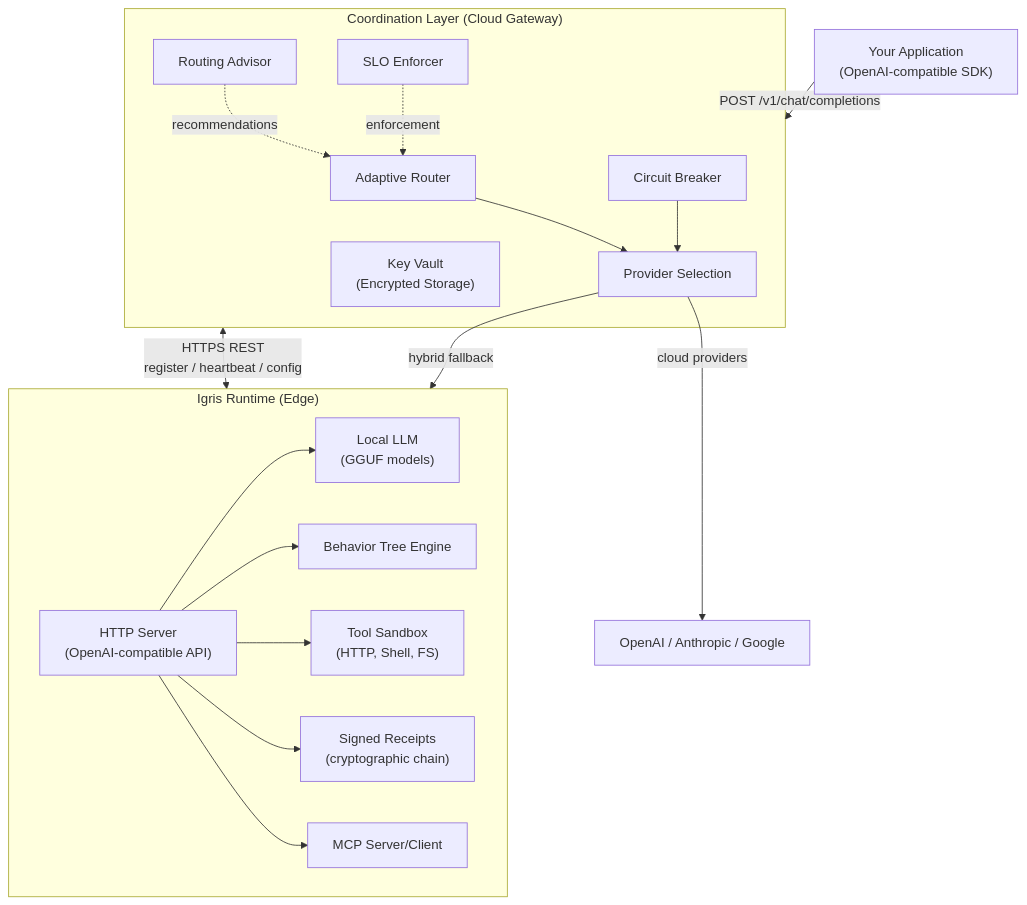
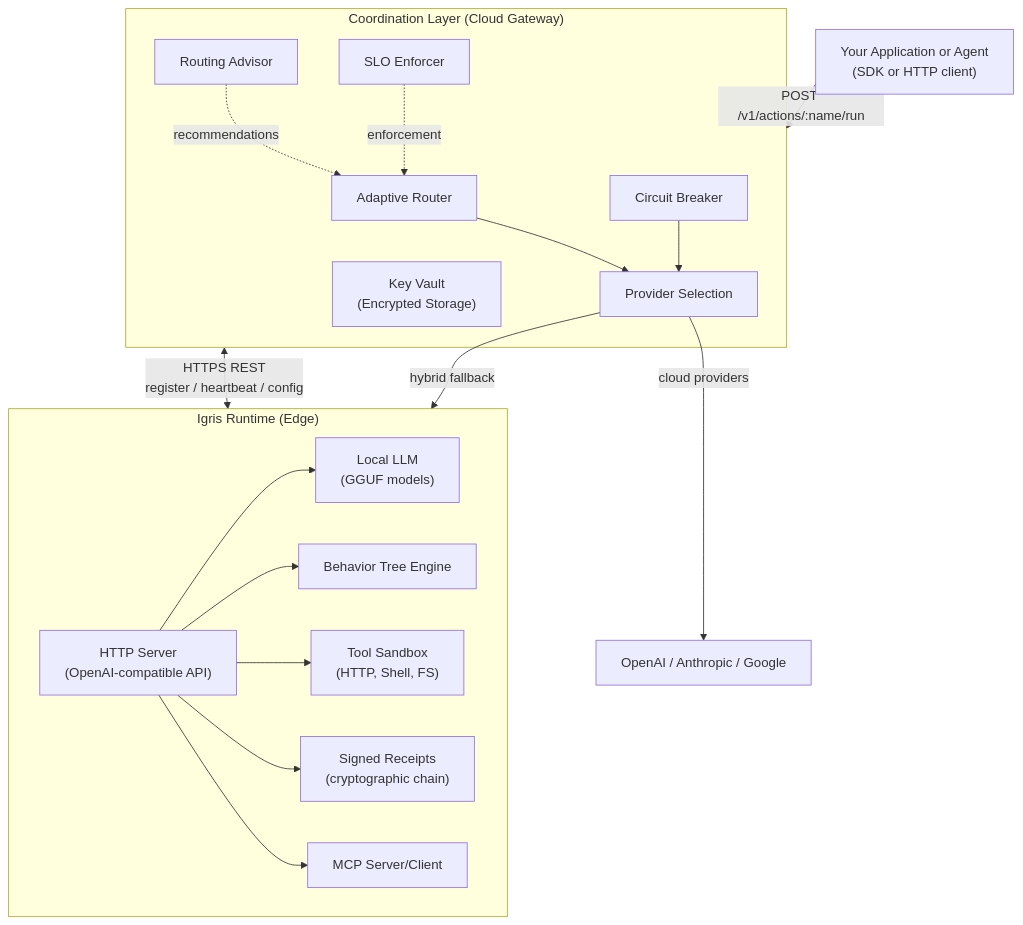
The diagram in web/apps/web-docs-hub/public/markdown/architecture.mdx (rapture-fx/igris), drawn with Mermaid before and after one commit. The commit also changed other lines of this file, not shown here.

````diff
--- a/web/apps/web-docs-hub/public/markdown/architecture.mdx
+++ b/web/apps/web-docs-hub/public/markdown/architecture.mdx
@@ -42,37 +42,37 @@
 ```mermaid
 graph TD
-    App["Your Application\n(OpenAI-compatible SDK)"]
-    App -->|"POST /v1/chat/completions"| Coordination
+    App["Your Application or Agent\n(SDK or HTTP client)"]
+    App -->|"POST /v1/actions/:name/run"| Coordination
 
     subgraph Coordination["Coordination Layer (Cloud Gateway)"]
         Router["Adaptive Router"]
         CB["Circuit Breaker"]
         PS["Provider Selection"]
         CA["Routing Advisor"]
         SLO["SLO Enforcer"]
         Vault["Key Vault\n(Encrypted Storage)"]
         Router --> PS
         CB --> PS
         CA -.->|"recommendations"| Router
         SLO -.->|"enforcement"| Router
     end
 
     PS -->|"cloud providers"| OpenAI["OpenAI / Anthropic / Google"]
     PS -->|"hybrid fallback"| Runtime
 
     subgraph Runtime["Igris Runtime (Edge)"]
         Server["HTTP Server\n(OpenAI-compatible API)"]
         LLM["Local LLM\n(GGUF models)"]
         BT["Behavior Tree Engine"]
         Tools["Tool Sandbox\n(HTTP, Shell, FS)"]
         Receipts["Signed Receipts\n(cryptographic chain)"]
         MCP["MCP Server/Client"]
         Server --> LLM
         Server --> BT
         Server --> Tools
         Server --> Receipts
         Server --> MCP
     end
 
     Coordination <-->|"HTTPS REST\nregister / heartbeat / config"| Runtime
 ```
````
